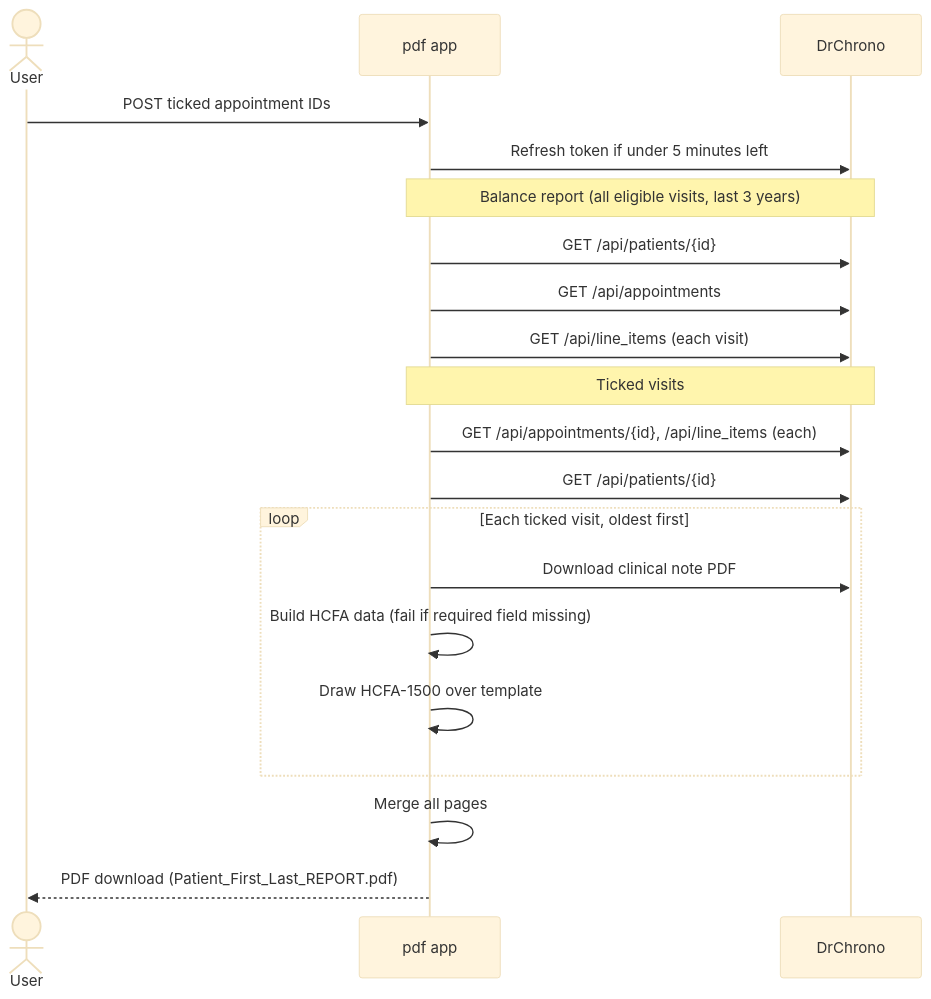
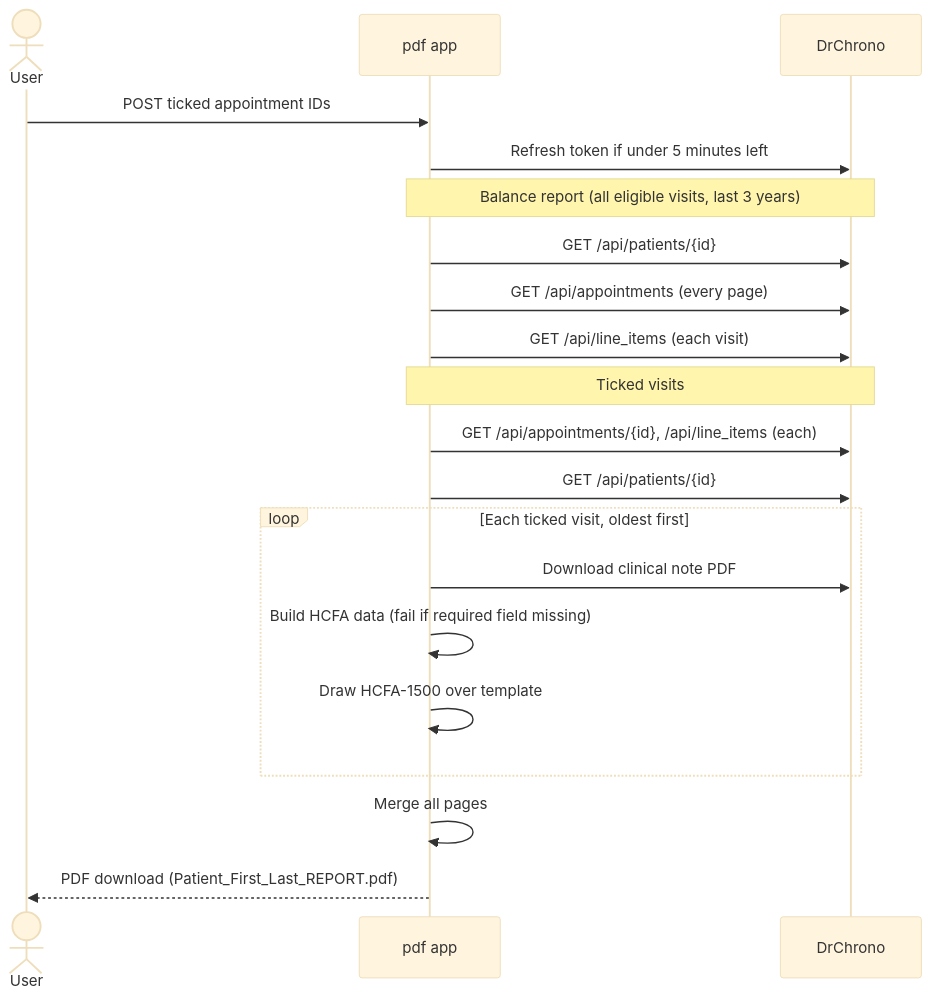
The second of 2 diagrams in SYSTEM_MAP.md (Pirateqeq/DrChrono_PDF_Compiler), drawn with Mermaid (base theme) before and after one commit. The commit also changed other lines of this file and 7 other files, not shown here.

````diff
--- a/SYSTEM_MAP.md
+++ b/SYSTEM_MAP.md
@@ -62,23 +62,23 @@
 ```mermaid
 sequenceDiagram
     actor User
     participant PDF as pdf app
     participant DC as DrChrono
 
     User->>PDF: POST ticked appointment IDs
     PDF->>DC: Refresh token if under 5 minutes left
     Note over PDF,DC: Balance report (all eligible visits, last 3 years)
     PDF->>DC: GET /api/patients/{id}
-    PDF->>DC: GET /api/appointments
+    PDF->>DC: GET /api/appointments (every page)
     PDF->>DC: GET /api/line_items (each visit)
     Note over PDF,DC: Ticked visits
     PDF->>DC: GET /api/appointments/{id}, /api/line_items (each)
     PDF->>DC: GET /api/patients/{id}
     loop Each ticked visit, oldest first
         PDF->>DC: Download clinical note PDF
         PDF->>PDF: Build HCFA data (fail if required field missing)
         PDF->>PDF: Draw HCFA-1500 over template
     end
     PDF->>PDF: Merge all pages
     PDF-->>User: PDF download (Patient_First_Last_REPORT.pdf)
 ```
````
